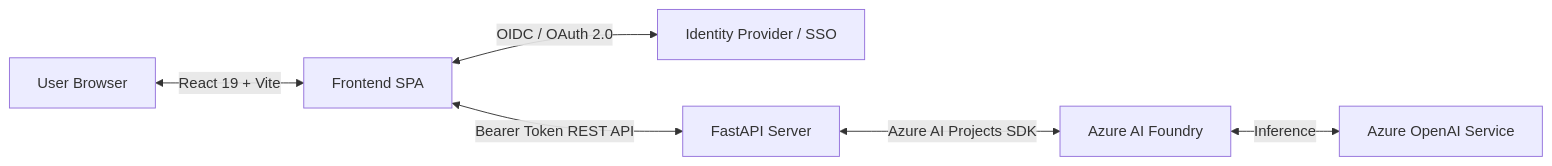
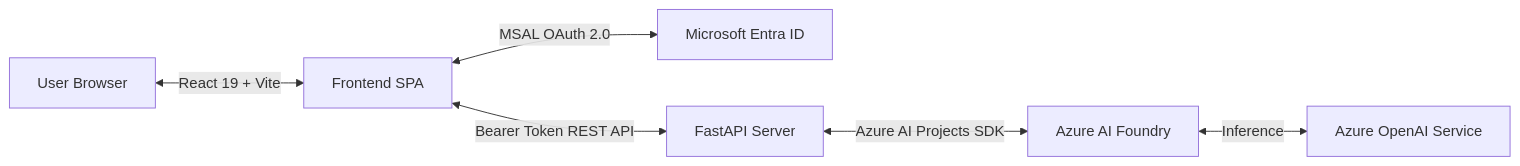
The diagram in readme.md (PranavHotha/azure-text-analysis-agent), drawn with Mermaid before and after one commit. The commit also changed other lines of this file, not shown here.

````diff
--- a/readme.md
+++ b/readme.md
@@ -42,8 +28,8 @@
 ```mermaid
 graph LR
     User[User Browser] <-->|React 19 + Vite| Frontend[Frontend SPA]
-    Frontend <-->|OIDC / OAuth 2.0| Auth[Identity Provider / SSO]
+    Frontend <-->|MSAL OAuth 2.0| Auth[Microsoft Entra ID]
     Frontend <-->|Bearer Token REST API| Backend[FastAPI Server]
     Backend <-->|Azure AI Projects SDK| Foundry[Azure AI Foundry]
     Foundry <-->|Inference| Models[Azure OpenAI Service]
 ```
````
